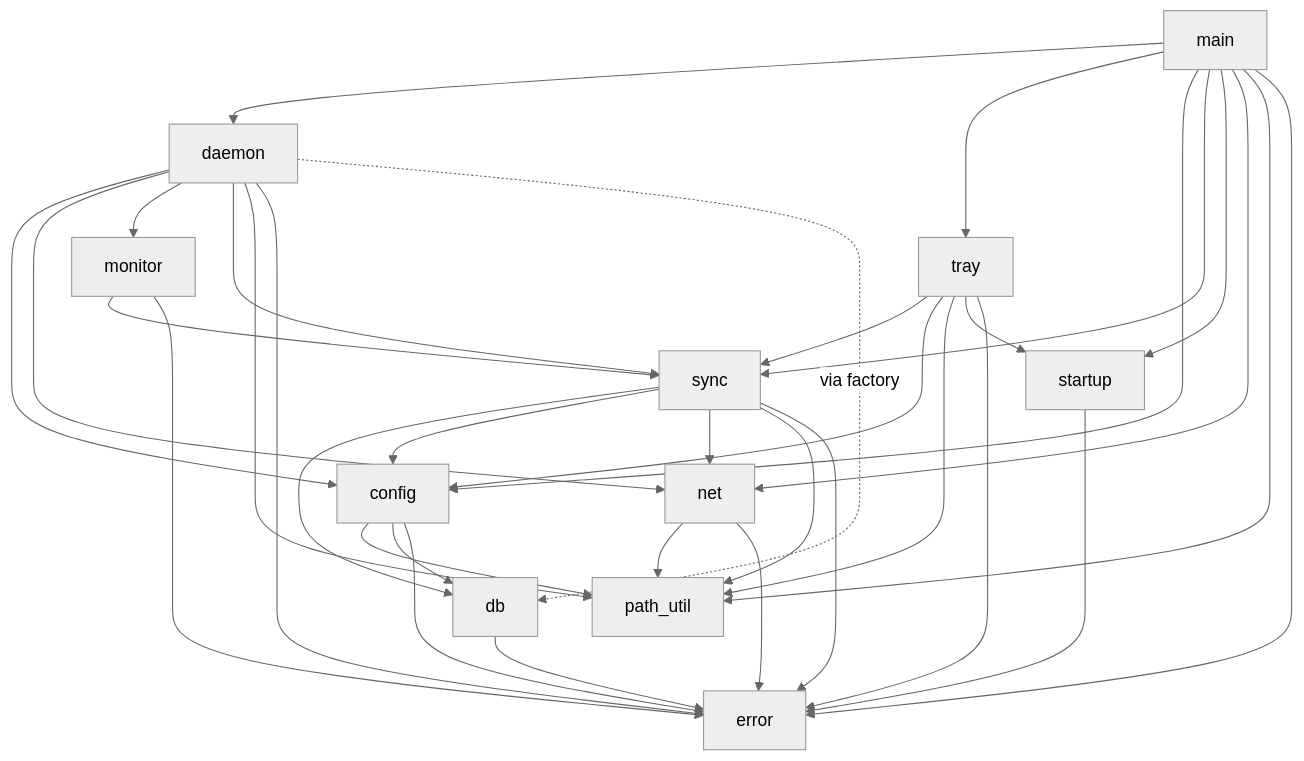
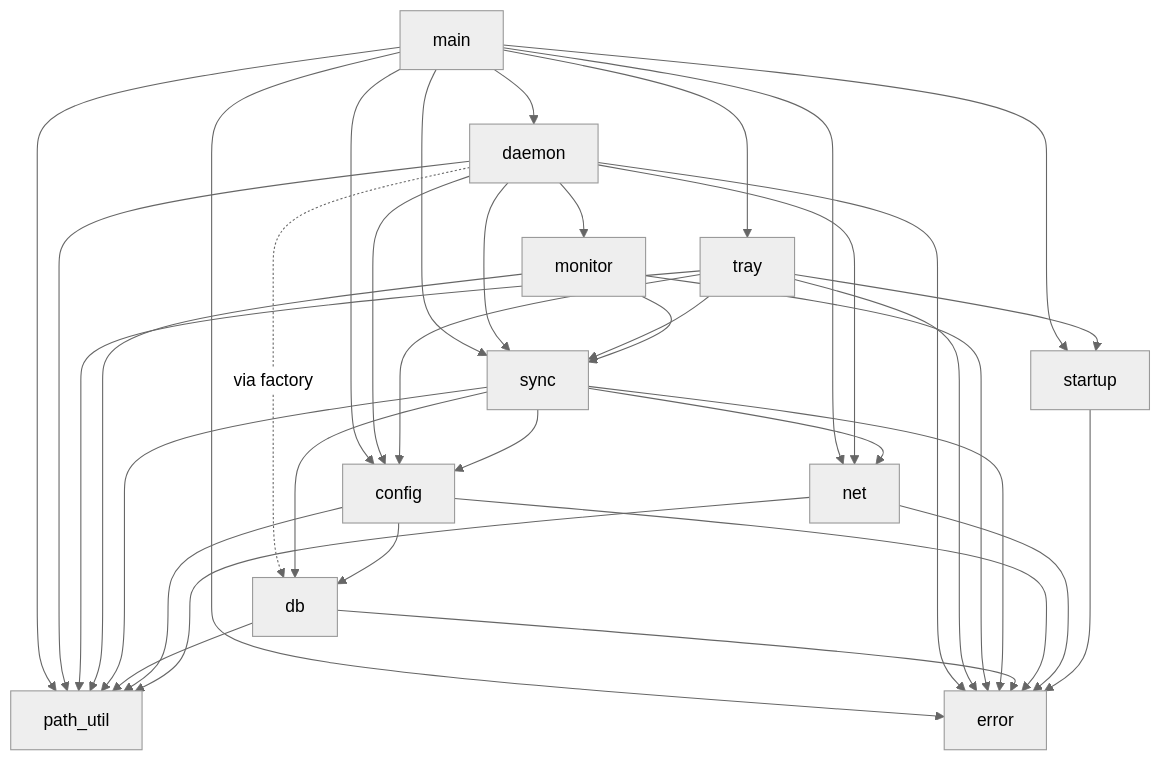
One commit to wends155/syncdir changed the first of 3 diagrams in architecture.md. Above: the diagram before and after it, drawn with Mermaid (neutral theme). The commit also changed other lines of this file, not shown here.

Commit message:
docs: apply architecture recommendations report updates to architecture.md

````diff
--- a/architecture.md
+++ b/architecture.md
@@ -264,13 +268,13 @@
 ```mermaid
 graph TD
     main --> daemon & tray & config & sync & startup & net & path_util & error
     daemon --> config & net & monitor & sync & path_util & error
     daemon -.->|via factory| db
     tray --> sync & config & path_util & startup & error
-    monitor --> sync & error
+    monitor --> sync & path_util & error
     sync --> db & config & net & path_util & error
-    db --> error
+    db --> path_util & error
     config --> path_util & db & error
     net --> path_util & error
     startup --> error
 ```
````
